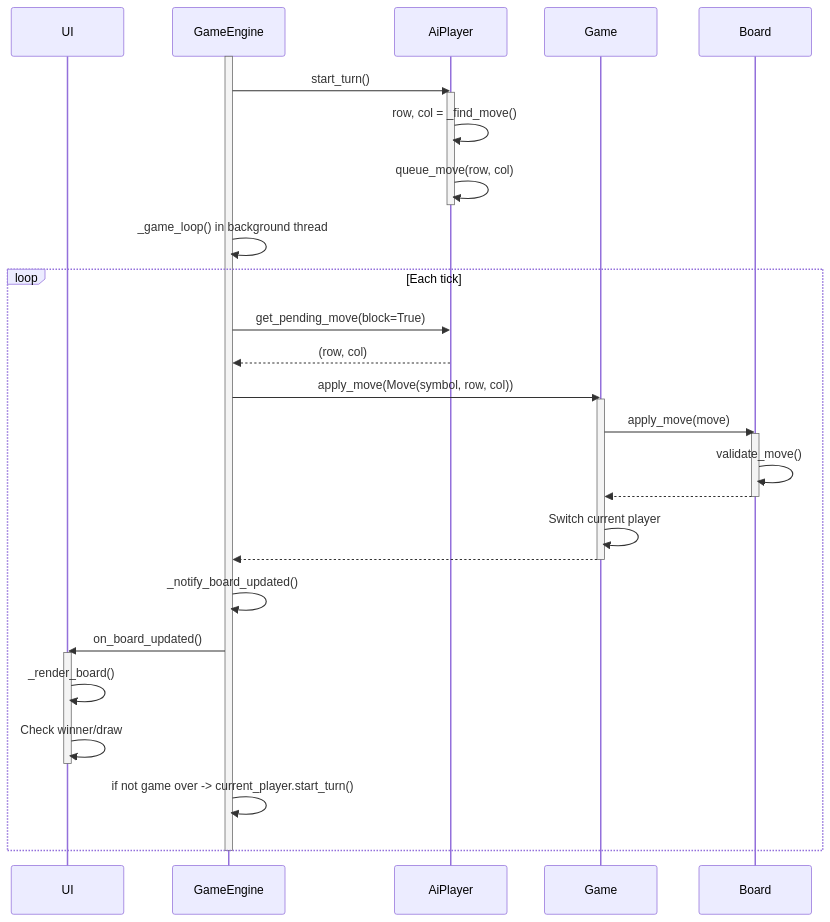
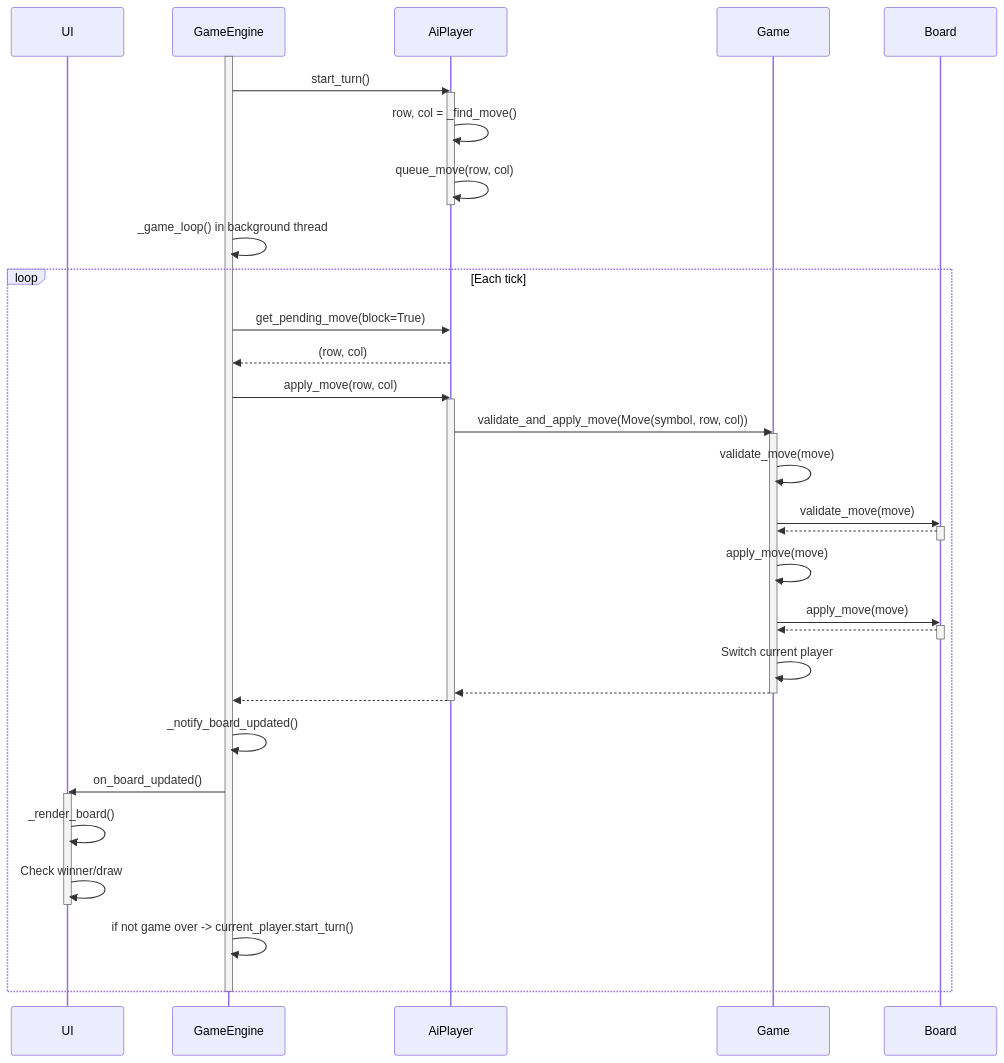
The diagram in doc/player_ai.mmd (tgonzalez89/py_tic_tac_toe), drawn with Mermaid before and after one commit. The commit also changed 2 other files, not shown here.

Commit message:
fix diagrams

```diff
--- a/doc/player_ai.mmd
+++ b/doc/player_ai.mmd
@@ -1,39 +1,48 @@
 sequenceDiagram
     participant UI as UI
     participant GE as GameEngine
     participant AiP as AiPlayer
     participant Game as Game
     participant Board as Board
 
     activate GE
     GE->>AiP: start_turn()
     activate AiP
     AiP->>AiP: row, col = _find_move()
     AiP->>AiP: queue_move(row, col)
     deactivate AiP
 
     GE->>GE: _game_loop() in background thread
     loop Each tick
         GE->>AiP: get_pending_move(block=True)
         AiP-->>GE: (row, col)
-        GE->>Game: apply_move(Move(symbol, row, col))
+        GE->>AiP: apply_move(row, col)
+        activate AiP
+        AiP->>Game: validate_and_apply_move(Move(symbol, row, col))
         activate Game
+        Game->>Game: validate_move(move)
+        Game->>Board: validate_move(move)
+        activate Board
+        Board-->>Game:
+        deactivate Board
+        Game->>Game: apply_move(move)
         Game->>Board: apply_move(move)
         activate Board
-        Board->>Board: validate_move()
         Board-->>Game:
         deactivate Board
         Game->>Game: Switch current player
-        Game-->>GE:
+        Game-->>AiP:
         deactivate Game
+        AiP-->>GE:
+        deactivate AiP
 
         GE->>GE: _notify_board_updated()
         GE->>UI: on_board_updated()
         activate UI
         UI->>UI: _render_board()
         UI->>UI: Check winner/draw
         deactivate UI
 
         GE->>GE: if not game over -> current_player.start_turn()
     end
     deactivate GE
```
